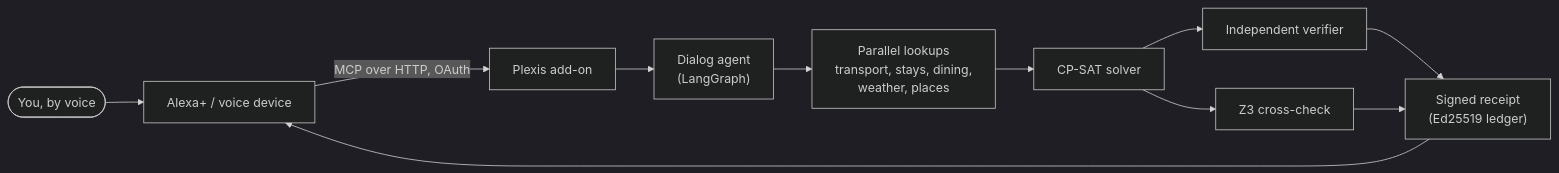
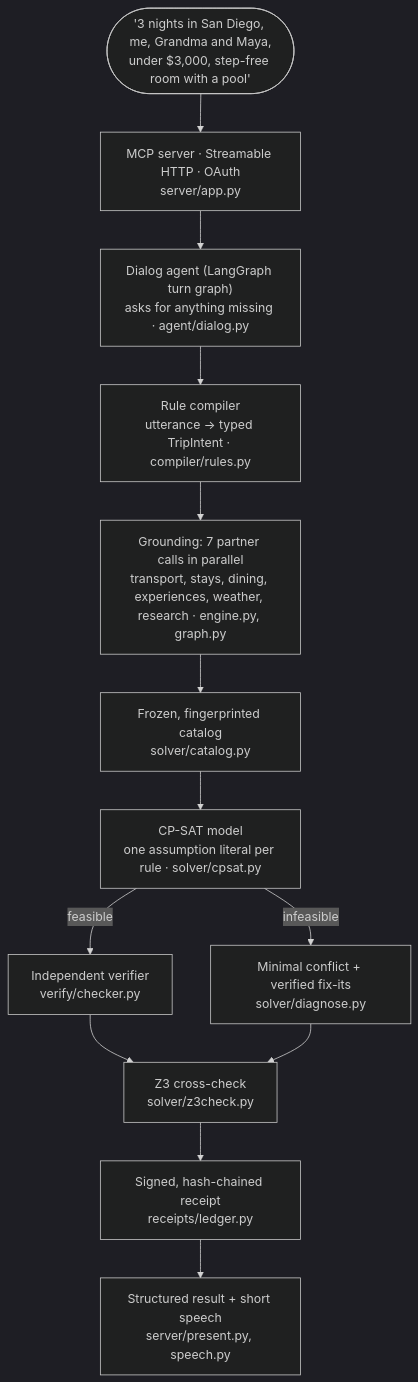
Before and after one commit to siddhi-works/Plexis: the diagram in README.md, drawn with Mermaid (dark theme). The commit also changed other lines of this file and 7 other files, not shown here.

````diff
--- a/README.md
+++ b/README.md
@@ -28,12 +39,15 @@
 ```mermaid
-flowchart LR
-    U(["You, by voice"]) --> A["Alexa+ / voice device"]
-    A -- "MCP over HTTP, OAuth" --> S["Plexis add-on"]
-    S --> D["Dialog agent<br/>(LangGraph)"]
-    D --> G["Parallel lookups<br/>transport, stays, dining,<br/>weather, places"]
-    G --> C["CP-SAT solver"]
-    C --> V["Independent verifier"]
-    C --> Z["Z3 cross-check"]
-    V & Z --> L["Signed receipt<br/>(Ed25519 ledger)"]
-    L --> A
+flowchart TD
+    U(["'3 nights in San Diego, me, Grandma and Maya,<br/>under $3,000, step-free room with a pool'"]) --> MCP
+    MCP["MCP server · Streamable HTTP · OAuth<br/>server/app.py"] --> DLG["Dialog agent (LangGraph turn graph)<br/>asks for anything missing · agent/dialog.py"]
+    DLG --> CMP["Rule compiler<br/>utterance → typed TripIntent · compiler/rules.py"]
+    CMP --> GND["Grounding: 7 partner calls in parallel<br/>transport, stays, dining, experiences, weather, research · engine.py, graph.py"]
+    GND --> CAT["Frozen, fingerprinted catalog<br/>solver/catalog.py"]
+    CAT --> SAT["CP-SAT model<br/>one assumption literal per rule · solver/cpsat.py"]
+    SAT -- feasible --> VER["Independent verifier<br/>verify/checker.py"]
+    SAT -- infeasible --> MUS["Minimal conflict + verified fix-its<br/>solver/diagnose.py"]
+    VER --> Z3["Z3 cross-check<br/>solver/z3check.py"]
+    MUS --> Z3
+    Z3 --> LED["Signed, hash-chained receipt<br/>receipts/ledger.py"]
+    LED --> OUT["Structured result + short speech<br/>server/present.py, speech.py"]
 ```
````
